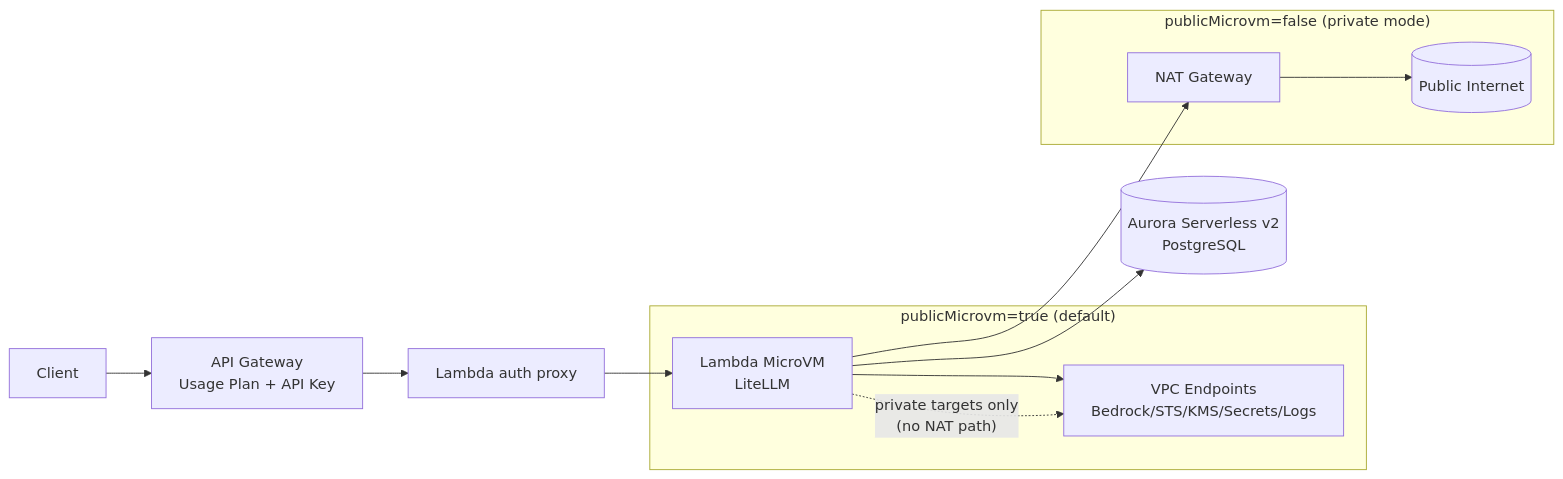
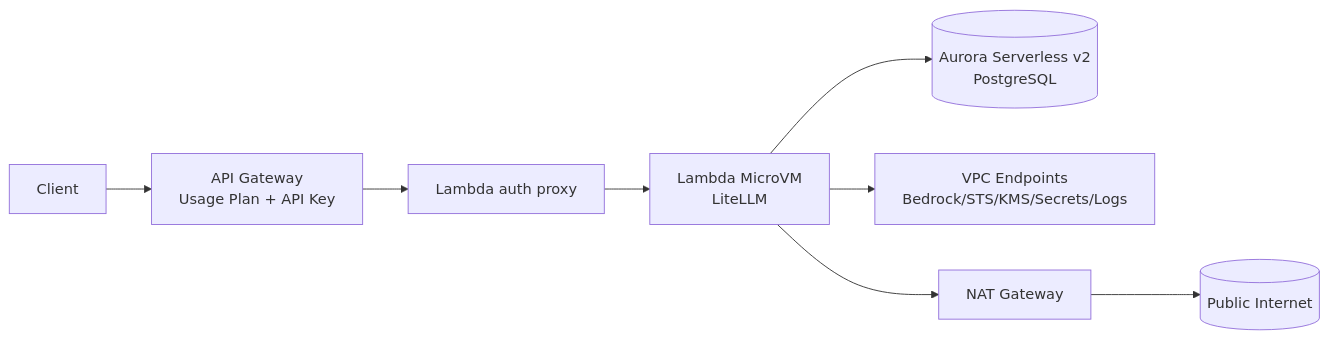
Before and after one commit to wongcyrus/litellm-aws-lambda-microvm-serverless: the second of 2 diagrams in README.md, drawn with Mermaid. The commit also changed other lines of this file, not shown here.

Commit message:
Add separate architecture diagrams per mode

````diff
--- a/README.md
+++ b/README.md
@@ -9,23 +27,16 @@
 ```mermaid
 flowchart LR
   C[Client]
   APIGW[API Gateway<br/>Usage Plan + API Key]
   Proxy[Lambda auth proxy]
   MicroVM[Lambda MicroVM<br/>LiteLLM]
   Aurora[(Aurora Serverless v2<br/>PostgreSQL)]
   VPCE[VPC Endpoints<br/>Bedrock/STS/KMS/Secrets/Logs]
   NAT[NAT Gateway]
+  Internet[(Public Internet)]
 
   C --> APIGW --> Proxy --> MicroVM
   MicroVM --> Aurora
   MicroVM --> VPCE
-
-  subgraph "publicMicrovm=true (default)"
-    MicroVM -. "private targets only<br/>(no NAT path)" .-> VPCE
-  end
-
-  subgraph "publicMicrovm=false (private mode)"
-    MicroVM --> NAT
-    NAT --> Internet[(Public Internet)]
-  end
+  MicroVM --> NAT --> Internet
 ```
````
